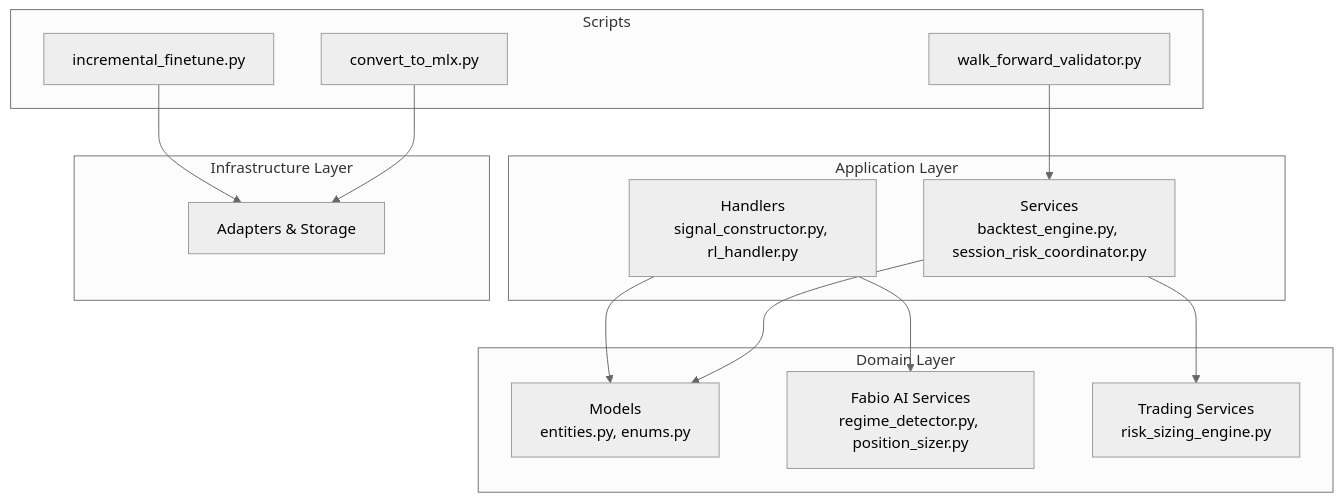
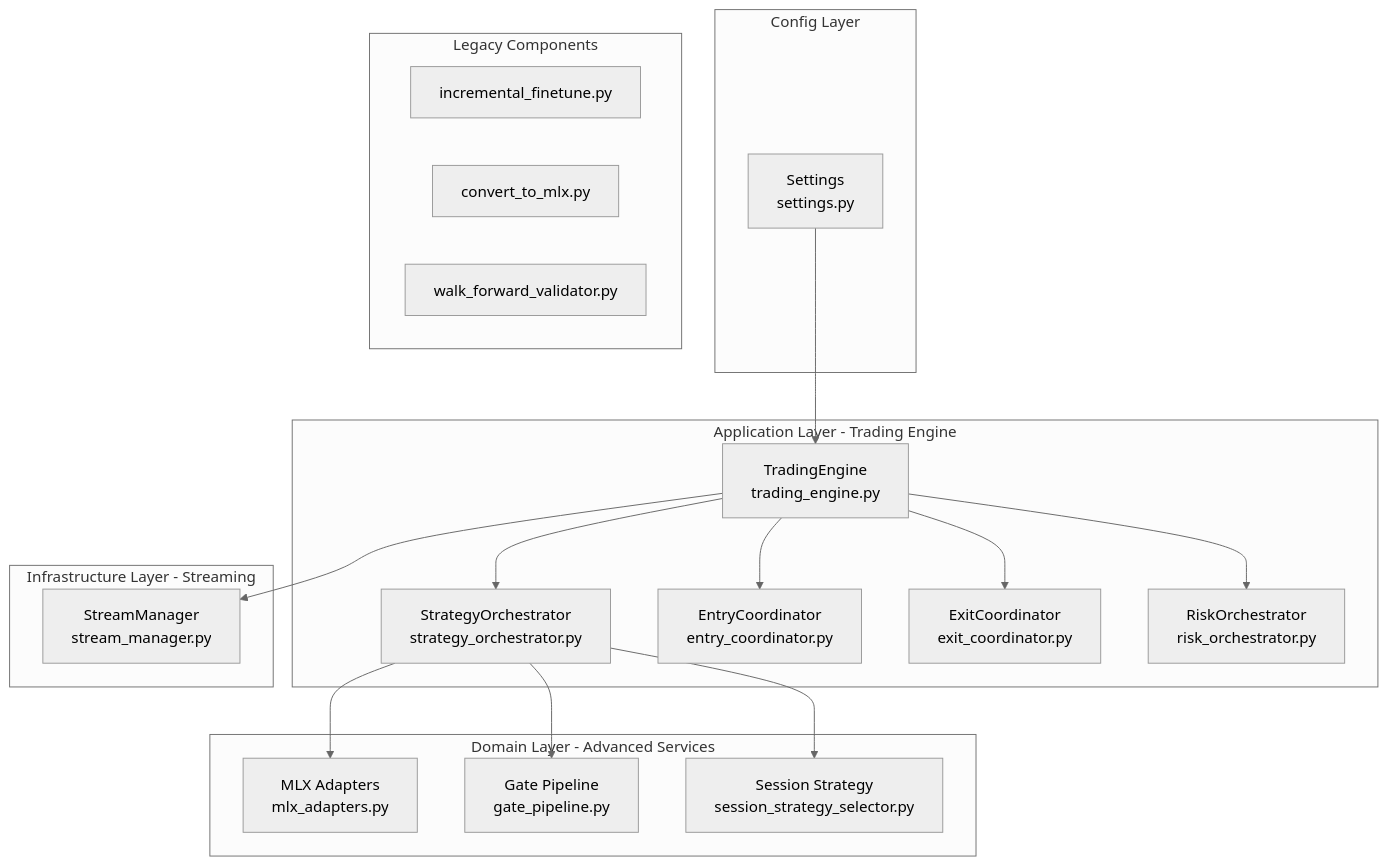
One commit to gemrajkhatry-maker/v5-of-glassytrade-ai changed the first of 10 diagrams in .qoder/repowiki/en/content/Advanced Topics/Advanced Topics.md. Above: the diagram before and after it, drawn with Mermaid (neutral theme). The commit also changed other lines of this file and 930 other files, not shown here.

````diff
--- a/.qoder/repowiki/en/content/Advanced Topics/Advanced Topics.md
+++ b/.qoder/repowiki/en/content/Advanced Topics/Advanced Topics.md
@@ -42,27 +65,35 @@
 ```mermaid
 graph TB
-subgraph "Application Layer"
-AC["Handlers<br/>signal_constructor.py, rl_handler.py"]
-AS["Services<br/>backtest_engine.py, session_risk_coordinator.py"]
+subgraph "Application Layer - Trading Engine"
+TE["TradingEngine<br/>trading_engine.py"]
+SO["StrategyOrchestrator<br/>strategy_orchestrator.py"]
+EC["EntryCoordinator<br/>entry_coordinator.py"]
+XC["ExitCoordinator<br/>exit_coordinator.py"]
+RO["RiskOrchestrator<br/>risk_orchestrator.py"]
 end
-subgraph "Domain Layer"
-DM["Models<br/>entities.py, enums.py"]
-DAI["Fabio AI Services<br/>regime_detector.py, position_sizer.py"]
-DS["Trading Services<br/>risk_sizing_engine.py"]
+subgraph "Domain Layer - Advanced Services"
+MLX["MLX Adapters<br/>mlx_adapters.py"]
+GP["Gate Pipeline<br/>gate_pipeline.py"]
+SSS["Session Strategy<br/>session_strategy_selector.py"]
 end
-subgraph "Infrastructure Layer"
-INF["Adapters & Storage"]
+subgraph "Infrastructure Layer - Streaming"
+SM["StreamManager<br/>stream_manager.py"]
 end
-subgraph "Scripts"
+subgraph "Config Layer"
+SET["Settings<br/>settings.py"]
+end
+subgraph "Legacy Components"
 SCR1["incremental_finetune.py"]
 SCR2["convert_to_mlx.py"]
 SCR3["walk_forward_validator.py"]
 end
-AC --> DM
-AC --> DAI
-AS --> DM
-AS --> DS
-SCR1 --> INF
-SCR2 --> INF
-SCR3 --> AS
+TE --> SO
+TE --> EC
+TE --> XC
+TE --> RO
+SO --> MLX
+SO --> GP
+SO --> SSS
+TE --> SM
+SET --> TE
 ```
````
